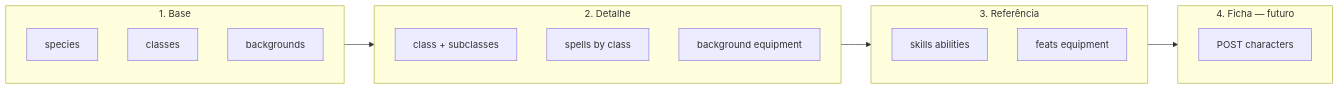
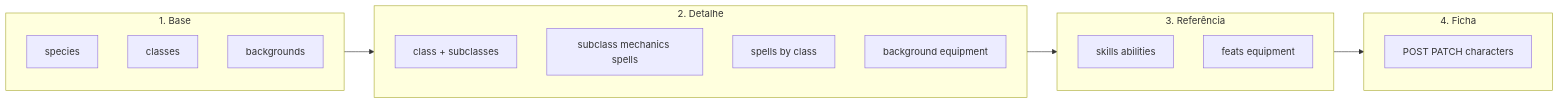
Before and after one commit to Lucas-PB1/dnd-back: the diagram in docs/api-plan.md, drawn with Mermaid. The commit also changed other lines of this file and 21 other files, not shown here.

````diff
--- a/docs/api-plan.md
+++ b/docs/api-plan.md
@@ -24,25 +24,26 @@
 ```mermaid
 flowchart LR
   subgraph step1 [1. Base]
     A1[species]
     A2[classes]
     A3[backgrounds]
   end
 
   subgraph step2 [2. Detalhe]
     B1[class + subclasses]
+    B1b[subclass mechanics spells]
     B2[spells by class]
     B3[background equipment]
   end
 
   subgraph step3 [3. Referência]
     C1[skills abilities]
     C2[feats equipment]
   end
 
-  subgraph step4 [4. Ficha — futuro]
-    D1[POST characters]
+  subgraph step4 [4. Ficha]
+    D1[POST PATCH characters]
   end
 
   step1 --> step2 --> step3 --> step4
 ```
````
